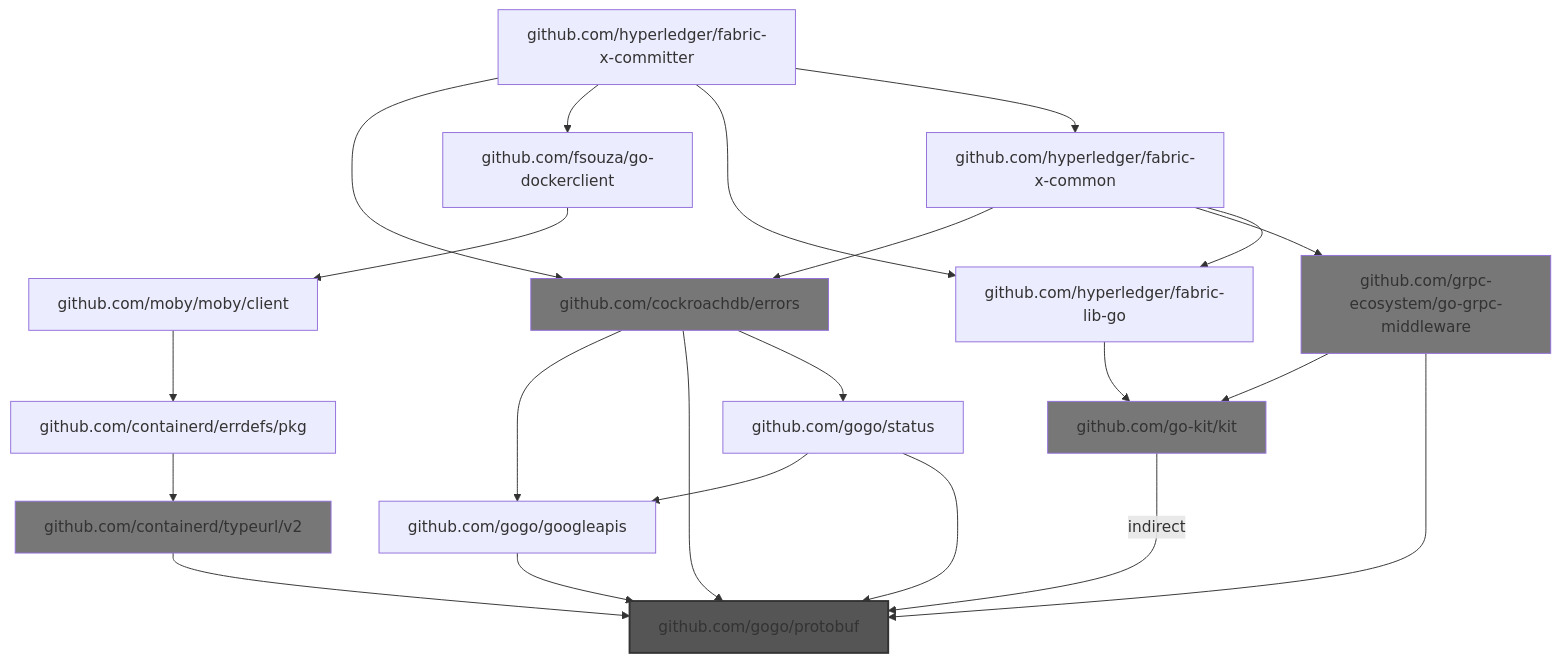
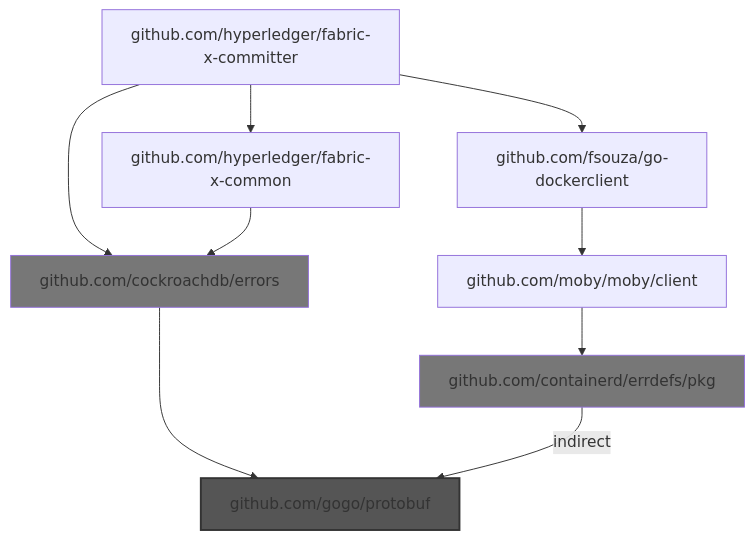
Before and after one commit to liran-funaro/fabric-x-committer: the seventh of 18 diagrams in bad-imports-analysis.md, drawn with Mermaid. The commit also changed other lines of this file and 1 other file, not shown here.

````diff
--- a/bad-imports-analysis.md
+++ b/bad-imports-analysis.md
@@ -882,29 +648,14 @@
 ```mermaid
 graph TD
-    github.com/cockroachdb/errors --> github.com/gogo/googleapis
     github.com/cockroachdb/errors --> github.com/gogo/protobuf
-    github.com/cockroachdb/errors --> github.com/gogo/status
-    github.com/containerd/errdefs/pkg --> github.com/containerd/typeurl/v2
-    github.com/containerd/typeurl/v2 --> github.com/gogo/protobuf
+    github.com/containerd/errdefs/pkg -->|indirect| github.com/gogo/protobuf
     github.com/fsouza/go-dockerclient --> github.com/moby/moby/client
-    github.com/go-kit/kit -->|indirect| github.com/gogo/protobuf
-    github.com/gogo/googleapis --> github.com/gogo/protobuf
-    github.com/gogo/status --> github.com/gogo/googleapis
-    github.com/gogo/status --> github.com/gogo/protobuf
-    github.com/grpc-ecosystem/go-grpc-middleware --> github.com/go-kit/kit
-    github.com/grpc-ecosystem/go-grpc-middleware --> github.com/gogo/protobuf
-    github.com/hyperledger/fabric-lib-go --> github.com/go-kit/kit
     github.com/hyperledger/fabric-x-committer --> github.com/cockroachdb/errors
     github.com/hyperledger/fabric-x-committer --> github.com/fsouza/go-dockerclient
-    github.com/hyperledger/fabric-x-committer --> github.com/hyperledger/fabric-lib-go
     github.com/hyperledger/fabric-x-committer --> github.com/hyperledger/fabric-x-common
     github.com/hyperledger/fabric-x-common --> github.com/cockroachdb/errors
-    github.com/hyperledger/fabric-x-common --> github.com/grpc-ecosystem/go-grpc-middleware
-    github.com/hyperledger/fabric-x-common --> github.com/hyperledger/fabric-lib-go
     github.com/moby/moby/client --> github.com/containerd/errdefs/pkg
     style github.com/gogo/protobuf fill:#555,stroke:#333,stroke-width:2px
     style github.com/cockroachdb/errors fill:#777
-    style github.com/grpc-ecosystem/go-grpc-middleware fill:#777
-    style github.com/containerd/typeurl/v2 fill:#777
-    style github.com/go-kit/kit fill:#777
+    style github.com/containerd/errdefs/pkg fill:#777
 ```
````
